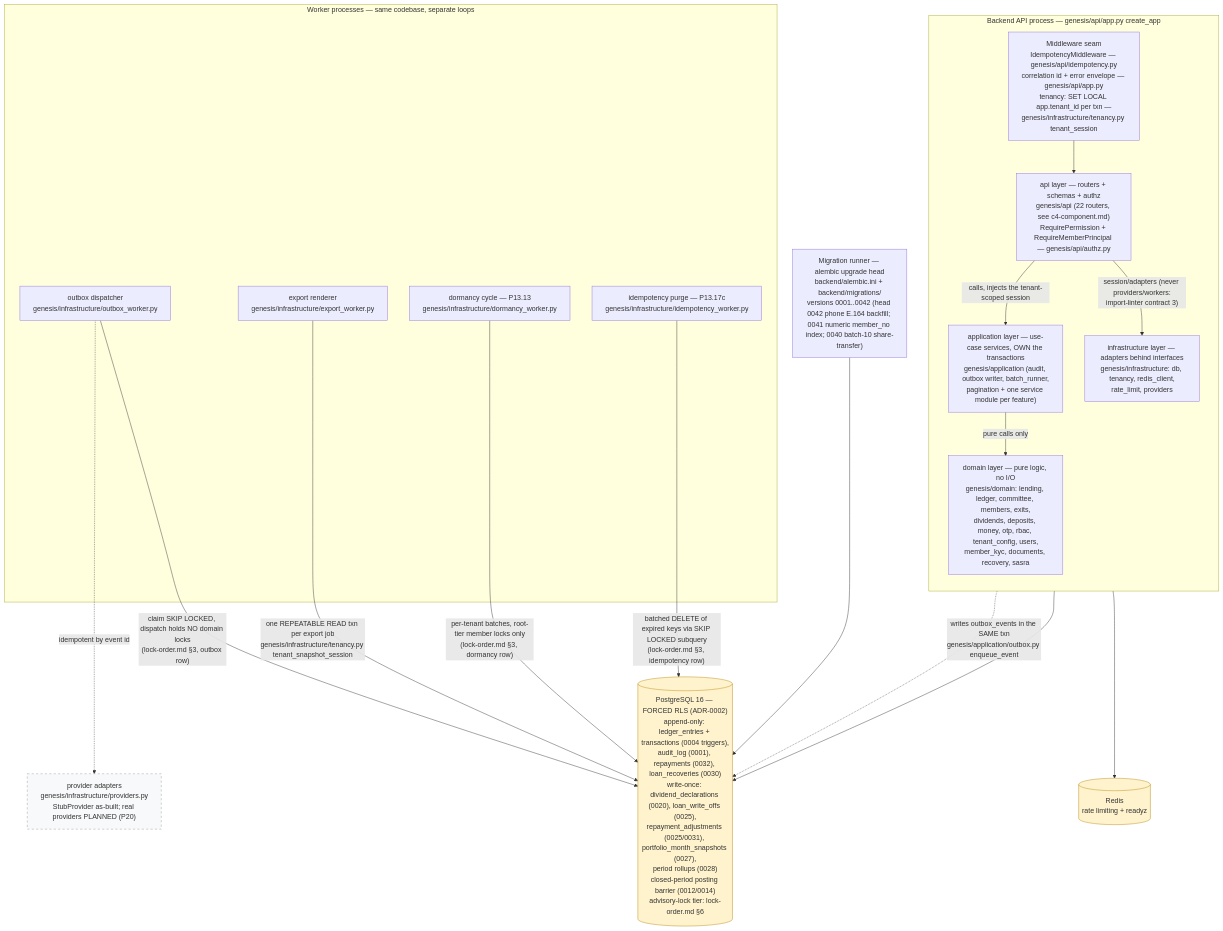
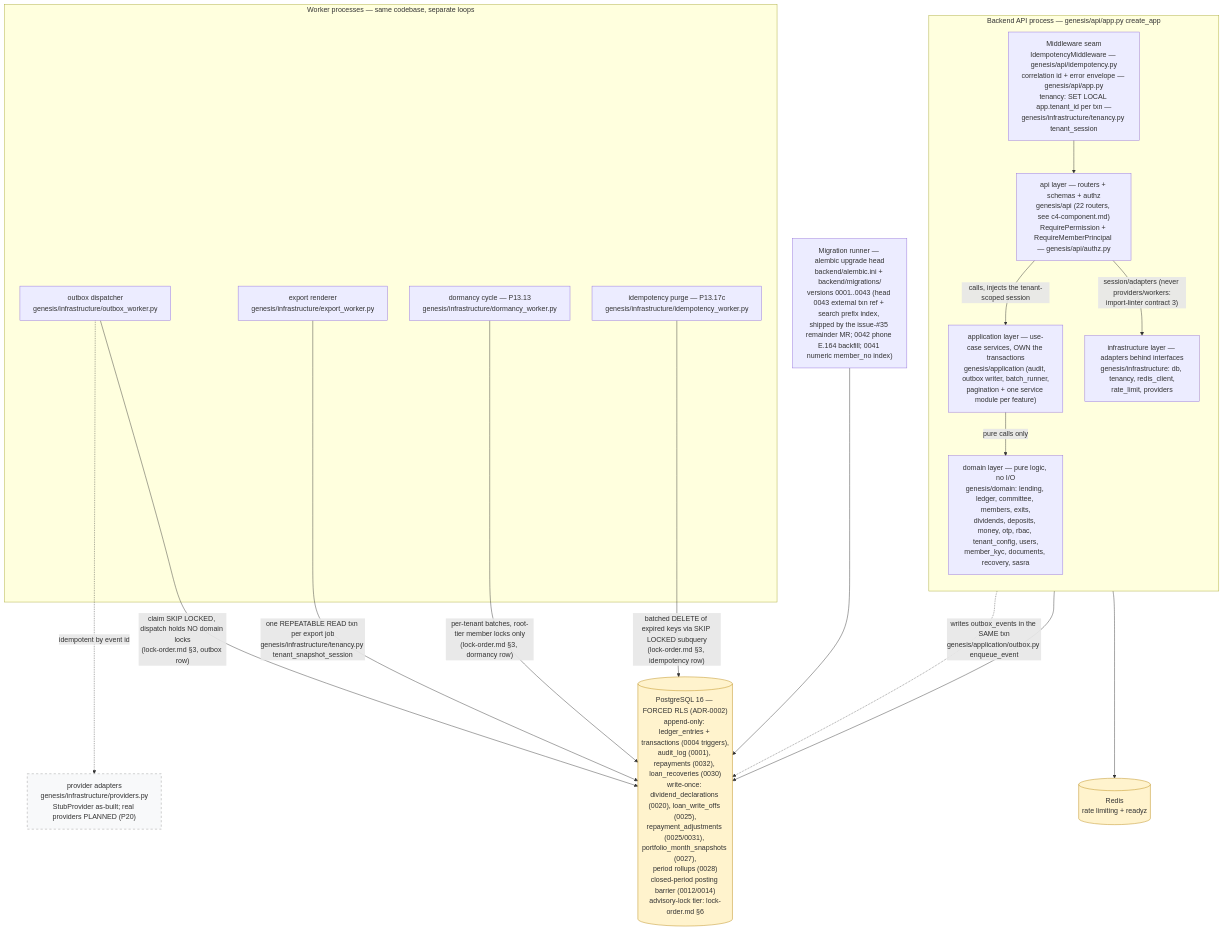
Before and after one commit to Benson-Kim/genesis-sacco: the diagram in docs/diagrams/c4-container.md, drawn with Mermaid. The commit also changed other lines of this file and 36 other files, not shown here.

Commit message:
feat: #35 remainder round — posting member lookup, read-only settings, external txn refs, ledger search

````diff
--- a/docs/diagrams/c4-container.md
+++ b/docs/diagrams/c4-container.md
@@ -62,45 +66,45 @@
 ```mermaid
 flowchart TB
     %% Authored against main @ 08541b860f1445b16c342c39b6606d86b9dbeb17
     %% L2 containers — layering per backend/pyproject.toml [tool.importlinter].
 
     subgraph BE["Backend API process — genesis/api/app.py create_app"]
         direction TB
         MW["Middleware seam<br/>IdempotencyMiddleware — genesis/api/idempotency.py<br/>correlation id + error envelope — genesis/api/app.py<br/>tenancy: SET LOCAL app.tenant_id per txn —<br/>genesis/infrastructure/tenancy.py tenant_session"]
         APIL["api layer — routers + schemas + authz<br/>genesis/api (22 routers, see c4-component.md)<br/>RequirePermission + RequireMemberPrincipal — genesis/api/authz.py"]
         APPL["application layer — use-case services, OWN the transactions<br/>genesis/application (audit, outbox writer, batch_runner,<br/>pagination + one service module per feature)"]
         DOM["domain layer — pure logic, no I/O<br/>genesis/domain: lending, ledger, committee, members, exits,<br/>dividends, deposits, money, otp, rbac, tenant_config, users,<br/>member_kyc, documents, recovery, sasra"]
         INF["infrastructure layer — adapters behind interfaces<br/>genesis/infrastructure: db, tenancy, redis_client,<br/>rate_limit, providers"]
         MW --> APIL
         APIL -->|"calls, injects the tenant-scoped session"| APPL
         APPL -->|"pure calls only"| DOM
         APIL -->|"session/adapters (never providers/workers:<br/>import-linter contract 3)"| INF
     end
 
     subgraph WK["Worker processes — same codebase, separate loops"]
         OBW["outbox dispatcher<br/>genesis/infrastructure/outbox_worker.py"]
         EXW["export renderer<br/>genesis/infrastructure/export_worker.py"]
         DMW["dormancy cycle — P13.13<br/>genesis/infrastructure/dormancy_worker.py"]
         IDW["idempotency purge — P13.17c<br/>genesis/infrastructure/idempotency_worker.py"]
     end
 
-    MIG["Migration runner — alembic upgrade head<br/>backend/alembic.ini + backend/migrations/<br/>versions 0001..0042 (head 0042 phone E.164 backfill; 0041 numeric member_no index; 0040 batch-10 share-transfer)"]
+    MIG["Migration runner — alembic upgrade head<br/>backend/alembic.ini + backend/migrations/<br/>versions 0001..0043 (head 0043 external txn ref + search prefix index, shipped by the issue-#35 remainder MR; 0042 phone E.164 backfill; 0041 numeric member_no index)"]
 
     PG[("PostgreSQL 16 — FORCED RLS (ADR-0002)<br/>append-only: ledger_entries + transactions (0004 triggers),<br/>audit_log (0001), repayments (0032), loan_recoveries (0030)<br/>write-once: dividend_declarations (0020), loan_write_offs (0025),<br/>repayment_adjustments (0025/0031), portfolio_month_snapshots (0027),<br/>period rollups (0028)<br/>closed-period posting barrier (0012/0014)<br/>advisory-lock tier: lock-order.md §6")]
     RD[("Redis<br/>rate limiting + readyz")]
 
     APPL -.->|"writes outbox_events in the SAME txn<br/>genesis/application/outbox.py enqueue_event"| PG
     INF --> PG
     INF --> RD
     OBW -->|"claim SKIP LOCKED, dispatch holds NO domain locks<br/>(lock-order.md §3, outbox row)"| PG
     EXW -->|"one REPEATABLE READ txn per export job<br/>genesis/infrastructure/tenancy.py tenant_snapshot_session"| PG
     DMW -->|"per-tenant batches, root-tier member locks only<br/>(lock-order.md §3, dormancy row)"| PG
     IDW -->|"batched DELETE of expired keys via SKIP LOCKED subquery<br/>(lock-order.md §3, idempotency row)"| PG
     OBW -.->|"idempotent by event id"| PROV["provider adapters<br/>genesis/infrastructure/providers.py<br/>StubProvider as-built; real providers PLANNED (P20)"]
     MIG --> PG
 
     classDef store fill:#fff3cd,stroke:#b8860b;
     class PG,RD store;
     classDef planned fill:#f8f9fa,stroke:#999,stroke-dasharray: 5 5;
     class PROV planned;
 ```
````
